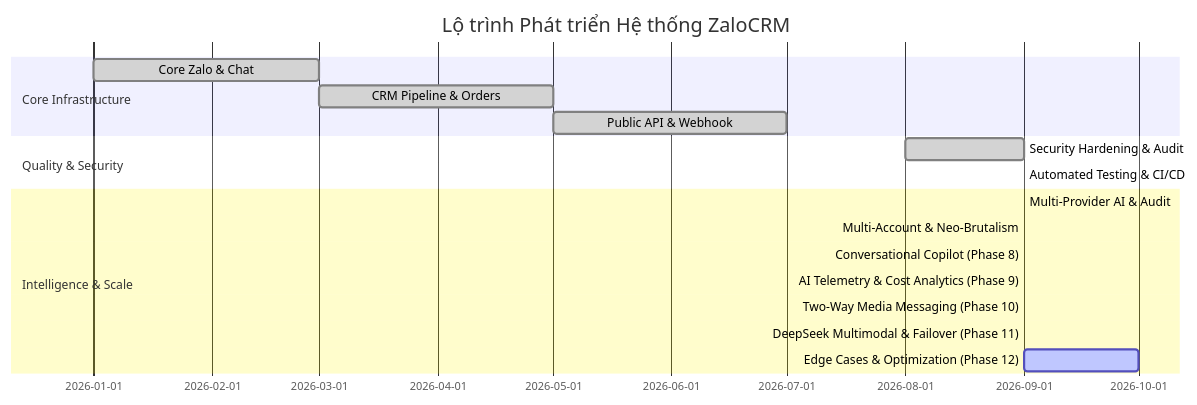
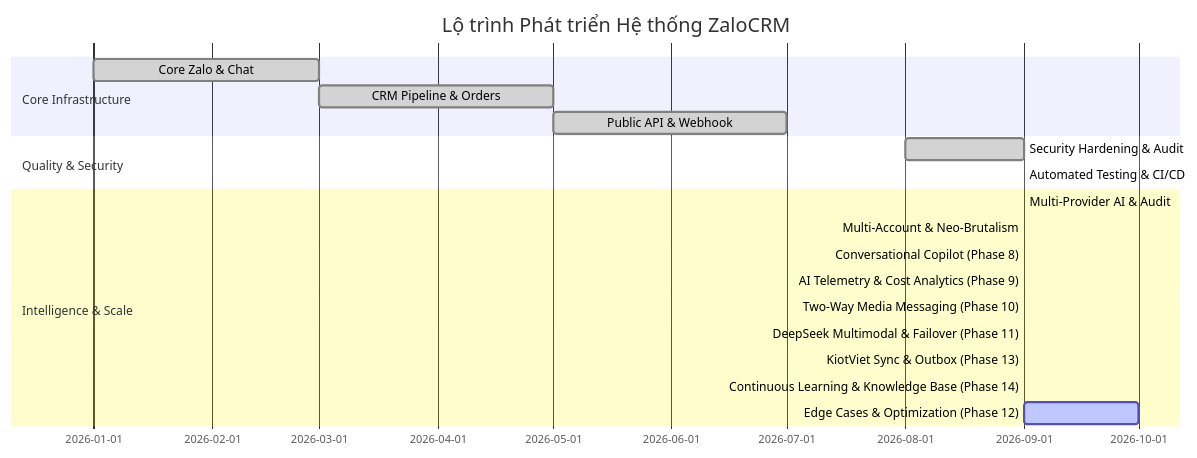
One commit to duynghien/ZaloCRM changed the diagram in docs/project-roadmap.md. Above: the diagram before and after it, drawn with Mermaid. The commit also changed other lines of this file and 31 other files, not shown here.

Commit message:
feat(ai-reports): continuous learning with 3-tier operational knowledge base and feedback loop

````diff
--- a/docs/project-roadmap.md
+++ b/docs/project-roadmap.md
@@ -7,20 +7,22 @@
 ```mermaid
 gantt
     title Lộ trình Phát triển Hệ thống ZaloCRM
     dateFormat  YYYY-MM
     section Core Infrastructure
     Core Zalo & Chat           :done,    des1, 2026-01, 2026-03
     CRM Pipeline & Orders      :done,    des2, 2026-03, 2026-05
     Public API & Webhook       :done,    des3, 2026-05, 2026-07
     section Quality & Security
     Security Hardening & Audit :done,    des4, 2026-08, 2026-09
     Automated Testing & CI/CD  :done,    des5, 2026-09, 2026-09
     section Intelligence & Scale
     Multi-Provider AI & Audit  :done,    des6, 2026-09, 2026-09
     Multi-Account & Neo-Brutalism :done, des7, 2026-09, 2026-09
     Conversational Copilot (Phase 8) :done, des8, 2026-09, 2026-09
     AI Telemetry & Cost Analytics (Phase 9) :done, des9, 2026-09, 2026-09
     Two-Way Media Messaging (Phase 10) :done, des10, 2026-09, 2026-09
     DeepSeek Multimodal & Failover (Phase 11) :done, des11, 2026-09, 2026-09
+    KiotViet Sync & Outbox (Phase 13) :done, des13, 2026-09, 2026-09
+    Continuous Learning & Knowledge Base (Phase 14) :done, des14, 2026-09, 2026-09
     Edge Cases & Optimization (Phase 12) :active, des12, 2026-09, 2026-10
 ```
````
